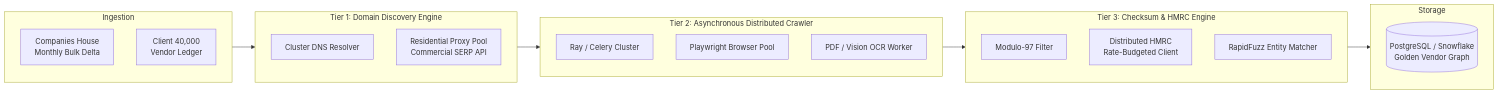
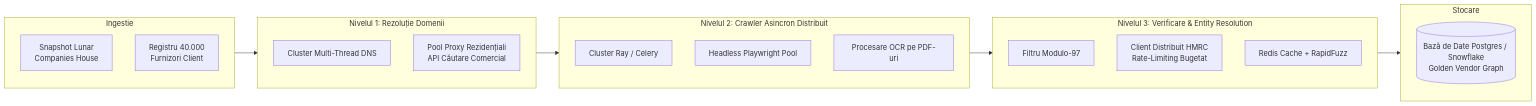
The second of 2 diagrams in README.md (2sto-dev/uk-vat-discovery), drawn with Mermaid before and after one commit. The commit also changed other lines of this file, not shown here.

````diff
--- a/README.md
+++ b/README.md
@@ -233,30 +252,30 @@
 ```mermaid
 flowchart LR
-    subgraph Ingestion
-        CH[Companies House<br/>Monthly Bulk Delta]
-        Vendors[Client 40,000<br/>Vendor Ledger]
+    subgraph Ingestie
+        CH[Snapshot Lunar<br/>Companies House]
+        Client[Registru 40.000<br/>Furnizori Client]
     end
 
-    subgraph Discovery ["Tier 1: Domain Discovery Engine"]
-        DNS[Cluster DNS Resolver]
-        SERP[Residential Proxy Pool<br/>Commercial SERP API]
+    subgraph Nivel_1 ["Nivelul 1: Rezoluție Domenii"]
+        DNS[Cluster Multi-Thread DNS]
+        SERP[Pool Proxy Rezidențiali<br/>API Căutare Comercial]
     end
 
-    subgraph Extraction ["Tier 2: Asynchronous Distributed Crawler"]
-        Ray[Ray / Celery Cluster]
-        Headless[Playwright Browser Pool]
-        OCR[PDF / Vision OCR Worker]
+    subgraph Nivel_2 ["Nivelul 2: Crawler Asincron Distribuit"]
+        Ray[Cluster Ray / Celery]
+        Browser[Headless Playwright Pool]
+        OCR[Procesare OCR pe PDF-uri]
     end
 
-    subgraph Verification ["Tier 3: Checksum & HMRC Engine"]
-        M97[Modulo-97 Filter]
-        HMRC[Distributed HMRC<br/>Rate-Budgeted Client]
-        Fuzz[RapidFuzz Entity Matcher]
+    subgraph Nivel_3 ["Nivelul 3: Verificare & Entity Resolution"]
+        M97[Filtru Modulo-97]
+        HMRC[Client Distribuit HMRC<br/>Rate-Limiting Bugetat]
+        Fuzz[Redis Cache + RapidFuzz]
     end
 
-    subgraph Storage
-        DB[(PostgreSQL / Snowflake<br/>Golden Vendor Graph)]
+    subgraph Stocare
+        DB[(Bază de Date Postgres / Snowflake<br/>Golden Vendor Graph)]
     end
 
-    Ingestion --> Discovery --> Extraction --> Verification --> Storage
+    Ingestie --> Nivel_1 --> Nivel_2 --> Nivel_3 --> Stocare
 ```
````
